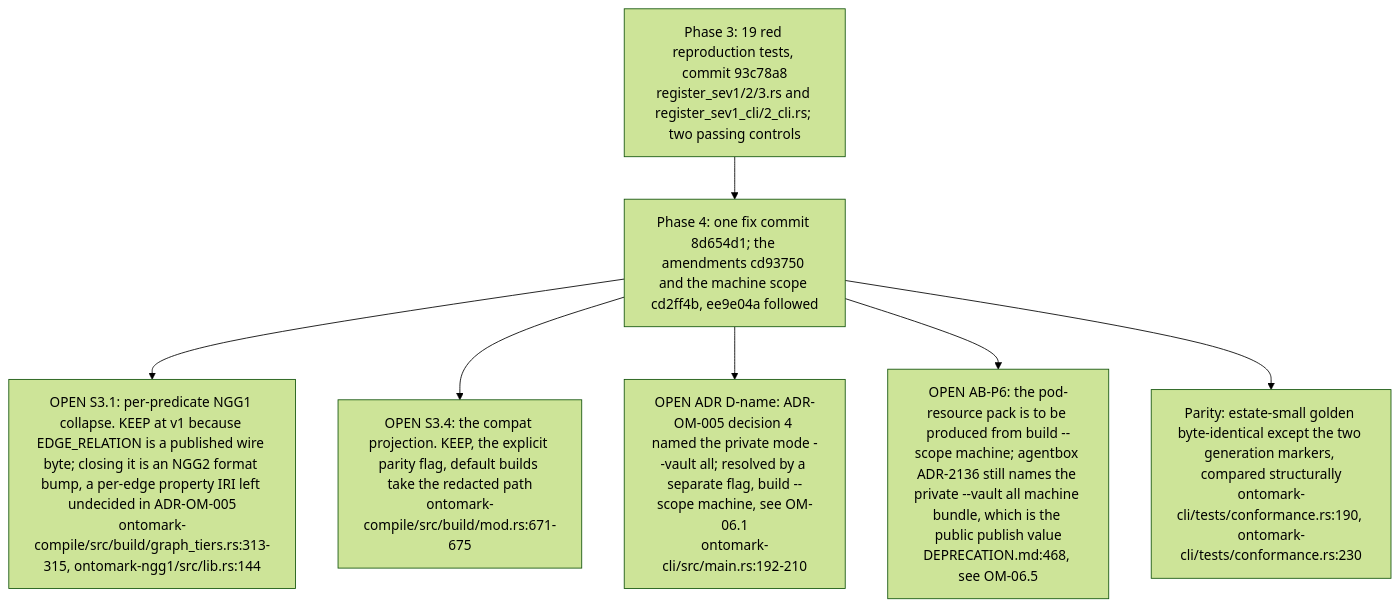
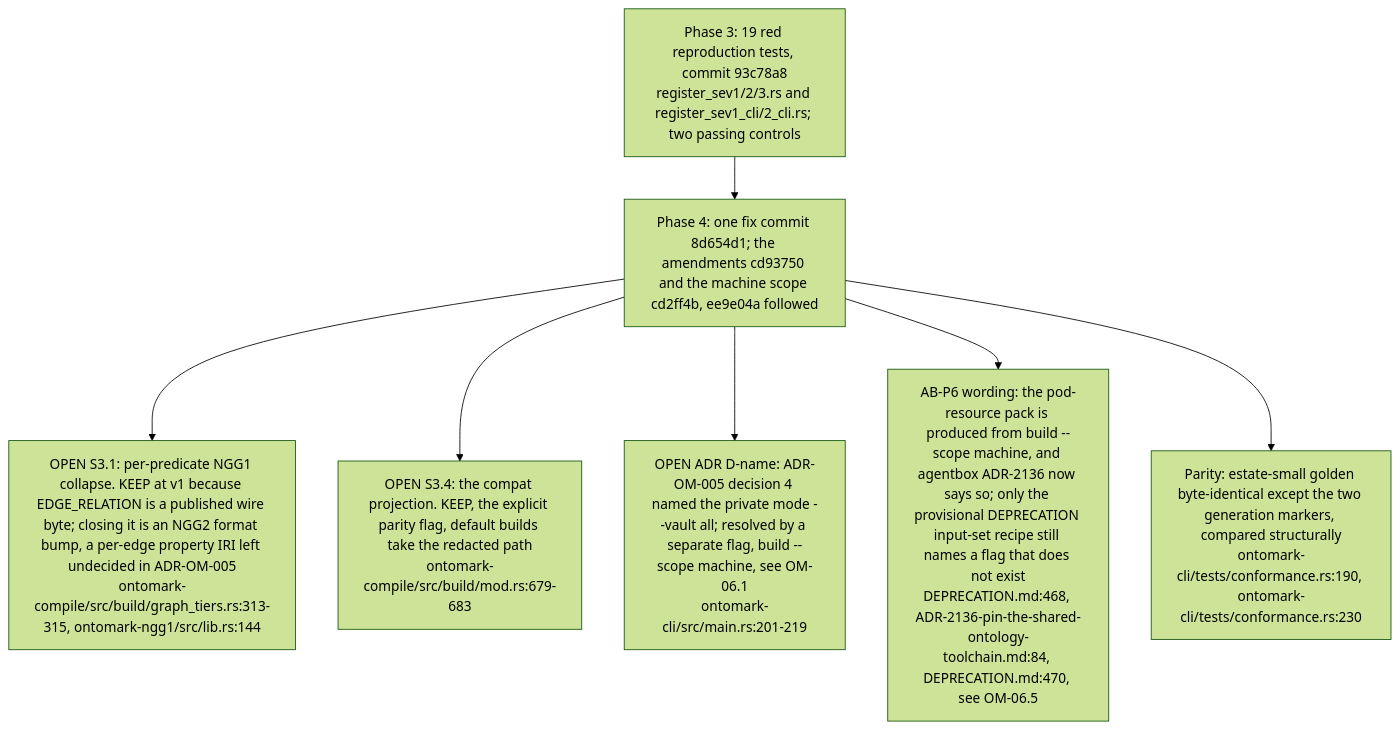
The fifth of 5 diagrams in docs/diagrams/ontomark/00-anomaly-register-and-reconciliation.md (DreamLab-AI/VisionFlow), drawn with Mermaid (forest theme) before and after one commit. The commit also changed other lines of this file and 91 other files, not shown here.

````diff
--- a/docs/diagrams/ontomark/00-anomaly-register-and-reconciliation.md
+++ b/docs/diagrams/ontomark/00-anomaly-register-and-reconciliation.md
@@ -321,13 +326,13 @@
 ```mermaid
 flowchart TB
     PH3["Phase 3: 19 red reproduction tests, commit 93c78a8<br/>register_sev1/2/3.rs and register_sev1_cli/2_cli.rs; two passing controls"]
     PH4["Phase 4: one fix commit 8d654d1; the amendments cd93750 and the machine scope cd2ff4b, ee9e04a followed"]
     PH3 --> PH4
     OPEN1["OPEN S3.1: per-predicate NGG1 collapse. KEEP at v1 because EDGE_RELATION is a published wire byte; closing it is an NGG2 format bump, a per-edge property IRI left undecided in ADR-OM-005<br/>ontomark-compile/src/build/graph_tiers.rs:313-315, ontomark-ngg1/src/lib.rs:144"]
-    OPEN2["OPEN S3.4: the compat projection. KEEP, the explicit parity flag, default builds take the redacted path<br/>ontomark-compile/src/build/mod.rs:671-675"]
-    OPEN3["OPEN ADR D-name: ADR-OM-005 decision 4 named the private mode --vault all; resolved by a separate flag, build --scope machine, see OM-06.1<br/>ontomark-cli/src/main.rs:192-210"]
-    OPEN4["OPEN AB-P6: the pod-resource pack is to be produced from build --scope machine; agentbox ADR-2136 still names the private --vault all machine bundle, which is the public publish value<br/>DEPRECATION.md:468, see OM-06.5"]
+    OPEN2["OPEN S3.4: the compat projection. KEEP, the explicit parity flag, default builds take the redacted path<br/>ontomark-compile/src/build/mod.rs:679-683"]
+    OPEN3["OPEN ADR D-name: ADR-OM-005 decision 4 named the private mode --vault all; resolved by a separate flag, build --scope machine, see OM-06.1<br/>ontomark-cli/src/main.rs:201-219"]
+    OPEN4["AB-P6 wording: the pod-resource pack is produced from build --scope machine, and agentbox ADR-2136 now says so; only the provisional DEPRECATION input-set recipe still names a flag that does not exist<br/>DEPRECATION.md:468, ADR-2136-pin-the-shared-ontology-toolchain.md:84, DEPRECATION.md:470, see OM-06.5"]
     PH4 --> OPEN1 & OPEN2 & OPEN3 & OPEN4
     PAR["Parity: estate-small golden byte-identical except the two generation markers, compared structurally<br/>ontomark-cli/tests/conformance.rs:190, ontomark-cli/tests/conformance.rs:230"]
     PH4 --> PAR
 ```
````
